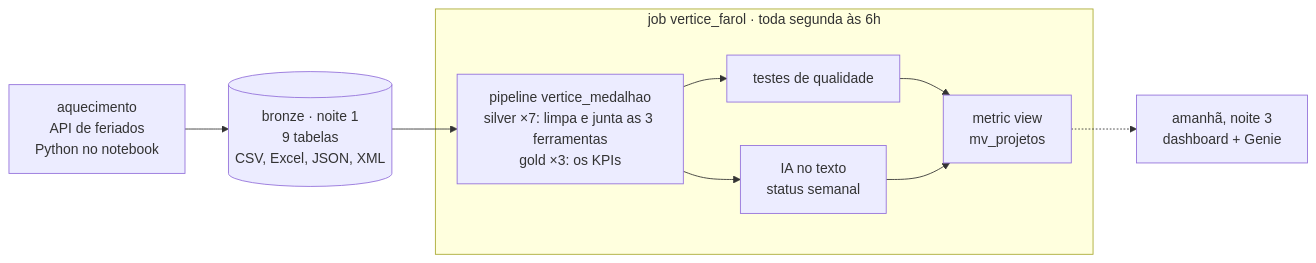
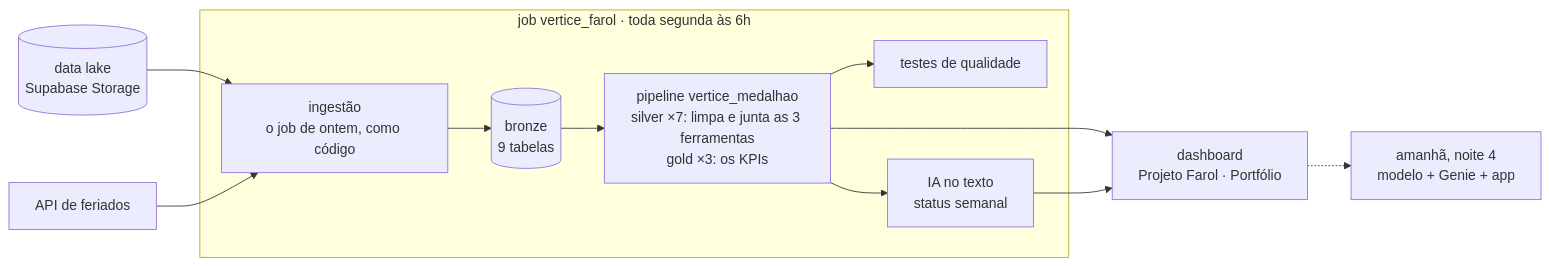
One commit to AugustoKoche-AI/ImersaoControlTower changed the first of 3 diagrams in aulas/aula-03-modelagem-claude-code/claude-code/README.md. Above: the diagram before and after it, drawn with Mermaid. The commit also changed other lines of this file and 92 other files, not shown here.

First line of the commit message:
Noite 3 replanejada: passo 1 do bundle à mão, prompts 2 a 5, ML e Genie para a noite 4

````diff
--- a/aulas/aula-03-modelagem-claude-code/claude-code/README.md
+++ b/aulas/aula-03-modelagem-claude-code/claude-code/README.md
@@ -17,12 +19,14 @@
 ```mermaid
 flowchart LR
-  API["aquecimento<br/>API de feriados<br/>Python no notebook"] --> B
-  B[("bronze · noite 1<br/>9 tabelas<br/>CSV, Excel, JSON, XML")] --> P
+  DL[("data lake<br/>Supabase Storage")] --> J
+  API["API de feriados"] --> J
   subgraph JOB["job vertice_farol · toda segunda às 6h"]
-    P["pipeline vertice_medalhao<br/>silver ×7: limpa e junta as 3 ferramentas<br/>gold ×3: os KPIs"] --> T["testes de qualidade"]
+    J["ingestão<br/>o job de ontem, como código"] --> B[("bronze<br/>9 tabelas")]
+    B --> P["pipeline vertice_medalhao<br/>silver ×7: limpa e junta as 3 ferramentas<br/>gold ×3: os KPIs"]
+    P --> T["testes de qualidade"]
     P --> IA["IA no texto<br/>status semanal"]
-    T --> M["metric view<br/>mv_projetos"]
-    IA --> M
   end
-  M -.-> D["amanhã, noite 3<br/>dashboard + Genie"]
+  P --> D["dashboard<br/>Projeto Farol · Portfólio"]
+  IA --> D
+  D -.-> N4["amanhã, noite 4<br/>modelo + Genie + app"]
 ```
````
